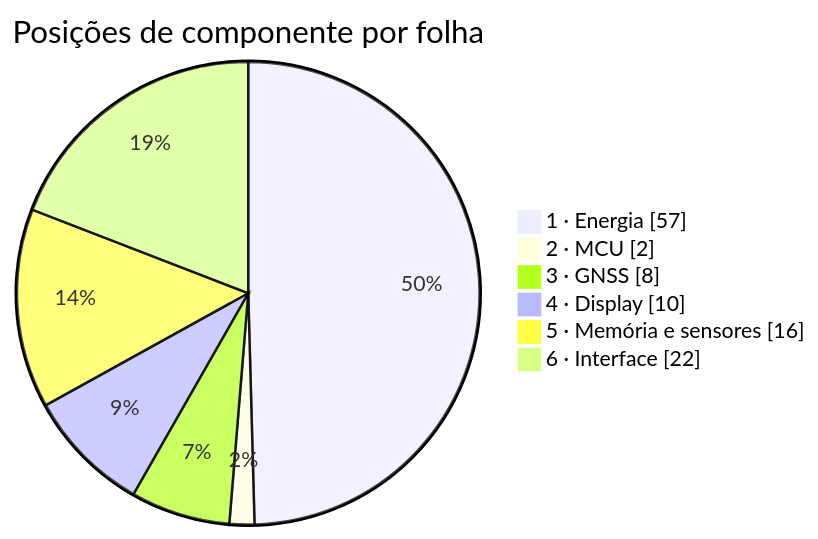
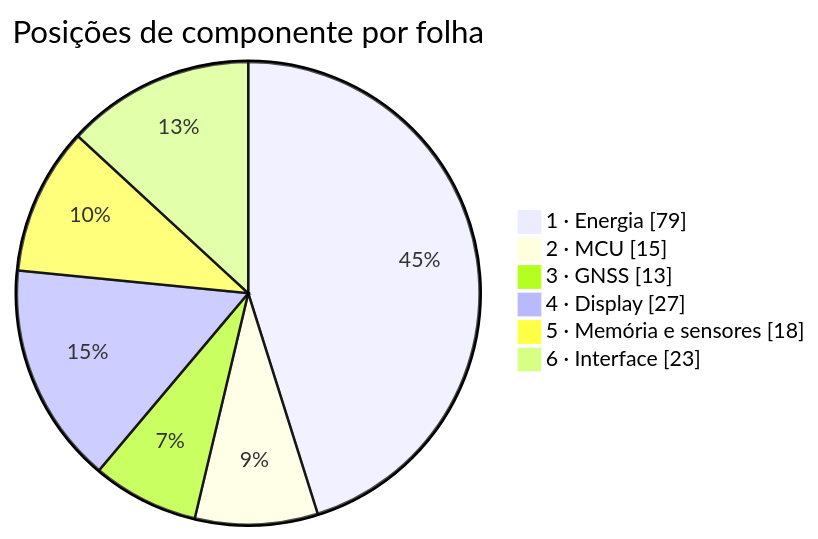
One commit to Guiimartinho/gnss-bike-computer changed the diagram in hardware_gnssbike/05-materiais.md. Above: the diagram before and after it, drawn with Mermaid. The commit also changed other lines of this file and 63 other files, not shown here.

````diff
--- a/hardware_gnssbike/05-materiais.md
+++ b/hardware_gnssbike/05-materiais.md
@@ -299,10 +336,10 @@
 ```mermaid
 pie showData
     title Posições de componente por folha
-    "1 · Energia" : 57
-    "2 · MCU" : 2
-    "3 · GNSS" : 8
-    "4 · Display" : 10
-    "5 · Memória e sensores" : 16
-    "6 · Interface" : 22
+    "1 · Energia" : 79
+    "2 · MCU" : 15
+    "3 · GNSS" : 13
+    "4 · Display" : 27
+    "5 · Memória e sensores" : 18
+    "6 · Interface" : 23
 ```
````
